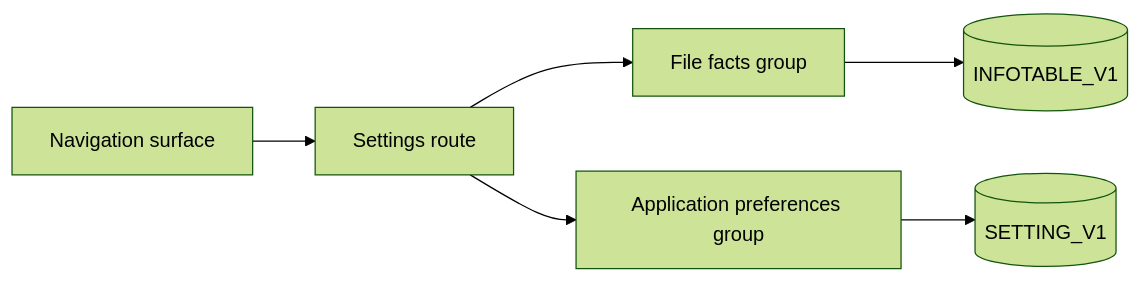
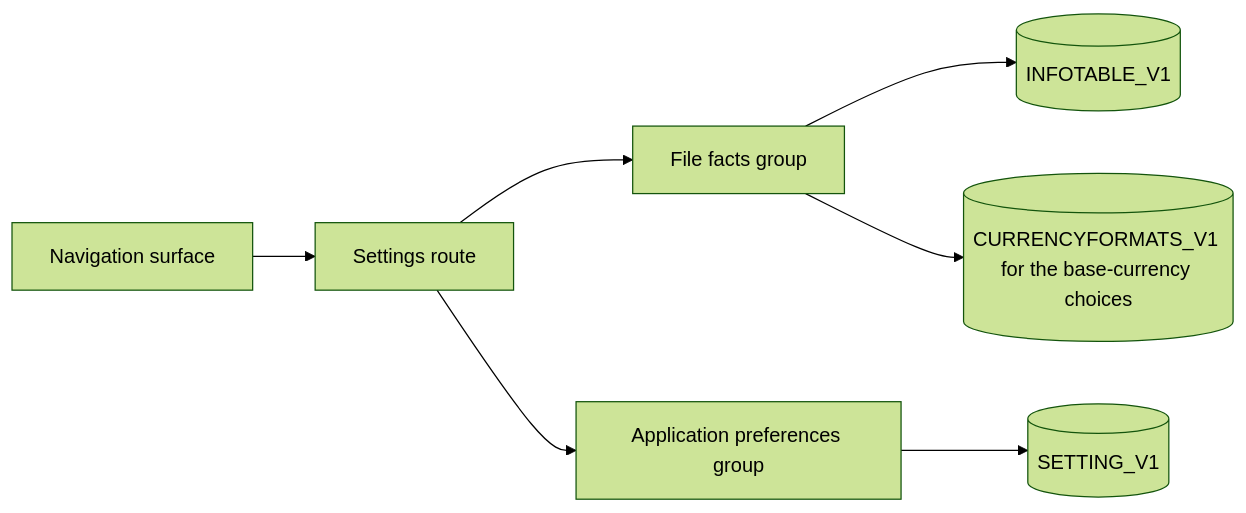
The second of 3 diagrams in openspec/specs/file-metadata-and-settings/spec.md (gjchentw/mmex-pwa), drawn with Mermaid (forest theme) before and after one commit. The commit also changed other lines of this file and 11 other files, not shown here.

````diff
--- a/openspec/specs/file-metadata-and-settings/spec.md
+++ b/openspec/specs/file-metadata-and-settings/spec.md
@@ -108,8 +119,9 @@
 ```mermaid
 flowchart LR
     Nav[Navigation surface] --> Settings[Settings route]
     Settings --> Facts[File facts group]
     Settings --> Prefs[Application preferences group]
     Facts --> Info[(INFOTABLE_V1)]
+    Facts --> Cur[(CURRENCYFORMATS_V1 for the base-currency choices)]
     Prefs --> Setting[(SETTING_V1)]
 ```
````
